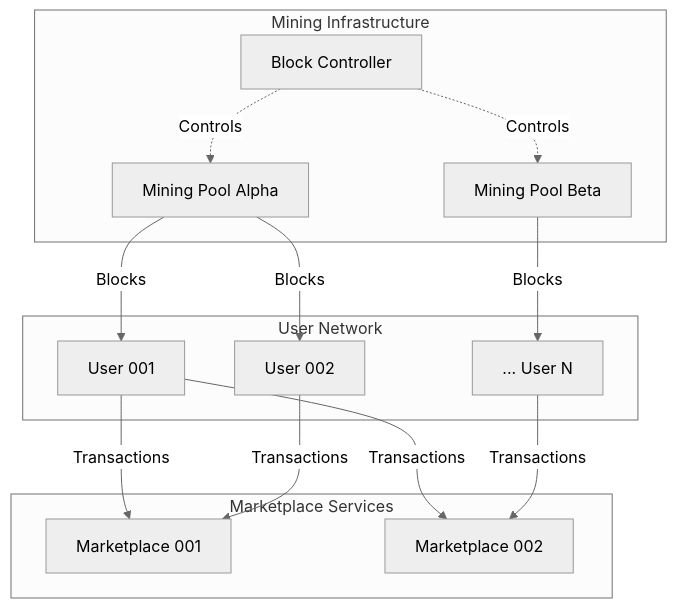
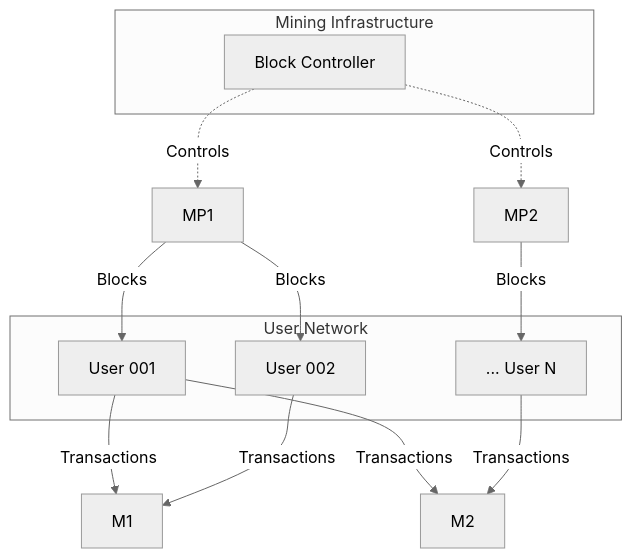
One commit to Fountain5405/monerosim changed the second of 2 diagrams in .kilocode/rules/memory-bank/architecture.md. Above: the diagram before and after it, drawn with Mermaid (neutral theme). The commit also changed other lines of this file and 36 other files, not shown here.

````diff
--- a/.kilocode/rules/memory-bank/architecture.md
+++ b/.kilocode/rules/memory-bank/architecture.md
@@ -185,31 +163,25 @@
 ```mermaid
 graph TD
     subgraph "Mining Infrastructure"
-        MP1[Mining Pool Alpha]
-        MP2[Mining Pool Beta]
         BC[Block Controller]
     end
     
     subgraph "User Network"
         U1[User 001]
         U2[User 002]
         UN[... User N]
     end
     
-    subgraph "Marketplace Services"
-        M1[Marketplace 001]
-        M2[Marketplace 002]
-    end
     
     BC -.->|Controls| MP1
     BC -.->|Controls| MP2
     
     U1 -->|Transactions| M1
     U1 -->|Transactions| M2
     U2 -->|Transactions| M1
     UN -->|Transactions| M2
     
     MP1 -->|Blocks| U1
     MP1 -->|Blocks| U2
     MP2 -->|Blocks| UN
 ```
````
